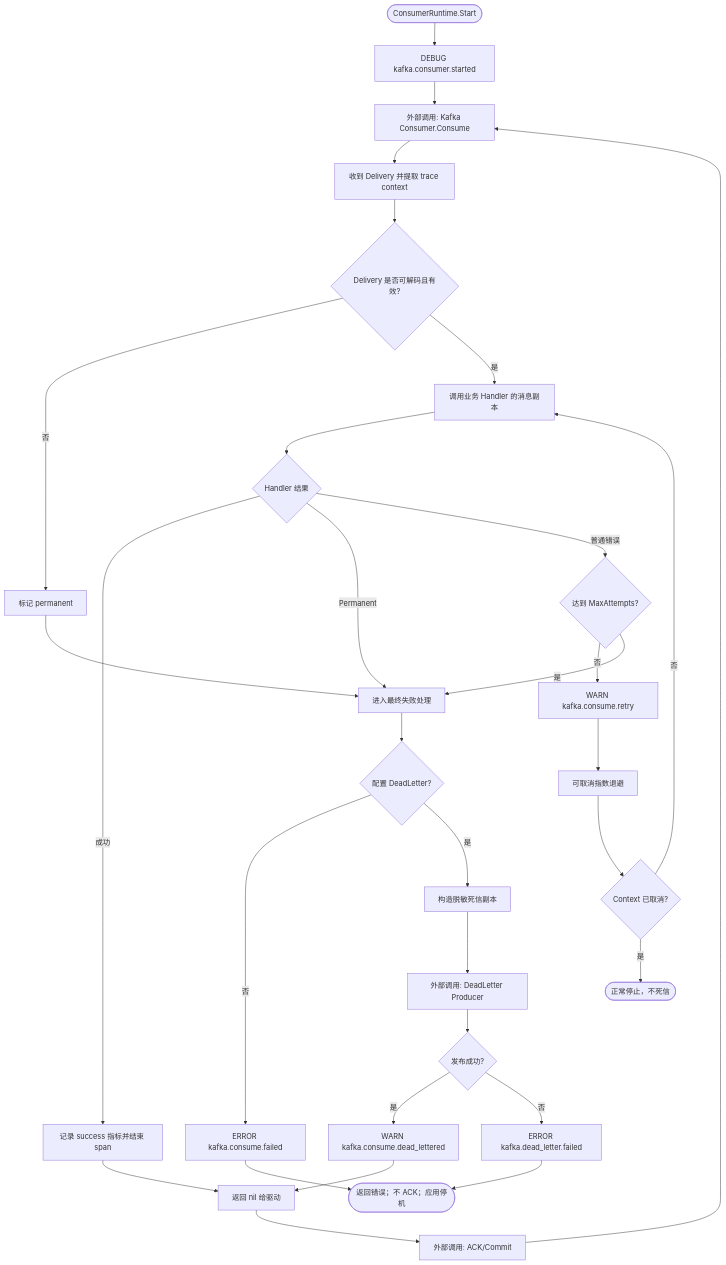
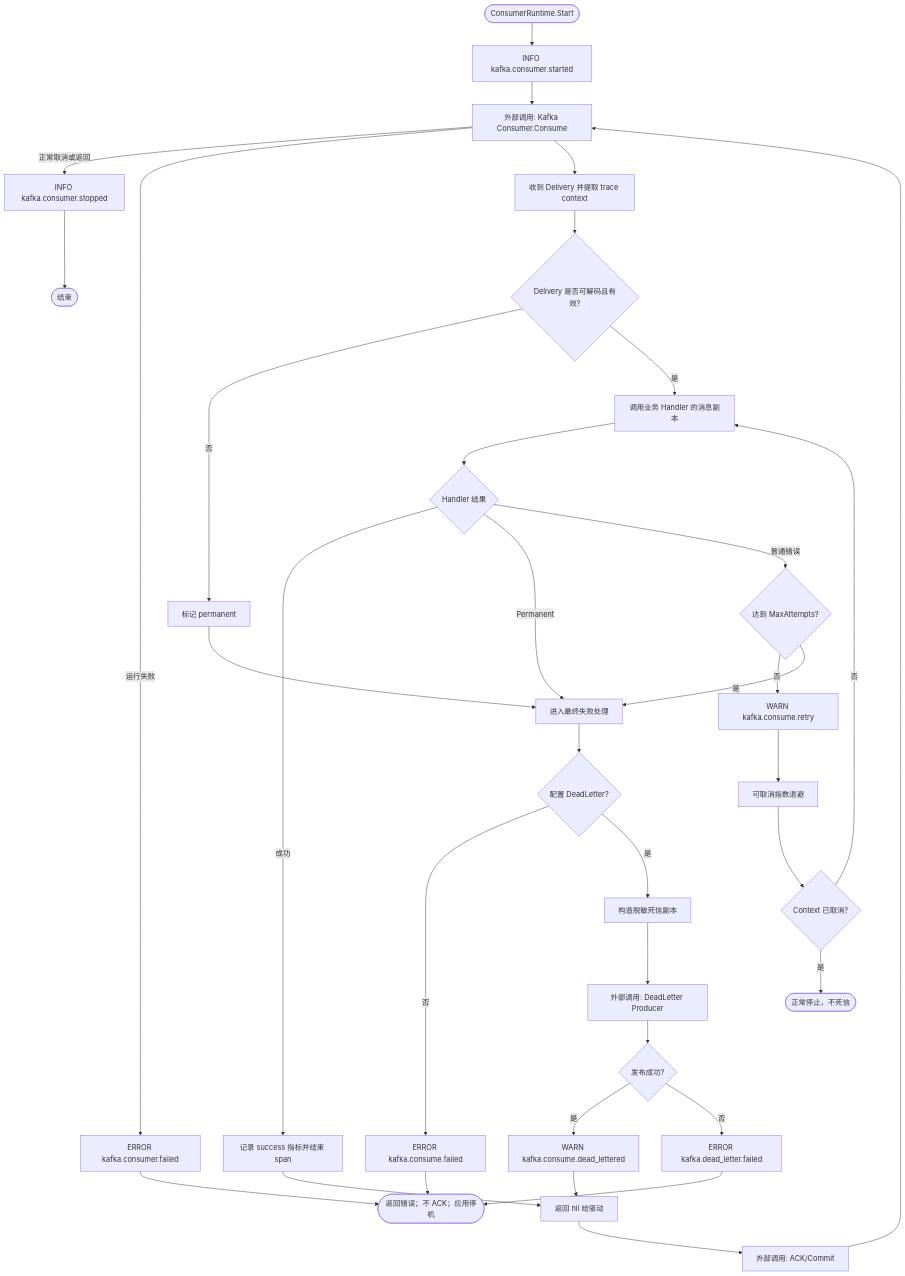
One commit to jaggerzhuang1994/kratos-foundation changed the fourth of 6 diagrams in pkg/kafka/README.md. Above: the diagram before and after it, drawn with Mermaid. The commit also changed other lines of this file and 204 other files, not shown here.

````diff
--- a/pkg/kafka/README.md
+++ b/pkg/kafka/README.md
@@ -243,33 +243,37 @@
 ```mermaid
 flowchart TD
-    A([ConsumerRuntime.Start]) --> B[DEBUG kafka.consumer.started]
+    A([ConsumerRuntime.Start]) --> B[INFO kafka.consumer.started]
     B --> C[外部调用: Kafka Consumer.Consume]
+    C -- 正常取消或返回 --> CS[INFO kafka.consumer.stopped]
+    CS --> CE([结束])
+    C -- 运行失败 --> CF[ERROR kafka.consumer.failed]
+    CF --> T
     C --> D[收到 Delivery 并提取 trace context]
     D --> E{Delivery 是否可解码且有效?}
     E -- 否 --> F[标记 permanent]
     E -- 是 --> G[调用业务 Handler 的消息副本]
     G --> H{Handler 结果}
     H -- 成功 --> I[记录 success 指标并结束 span]
     I --> J[返回 nil 给驱动]
     J --> K[外部调用: ACK/Commit]
     K --> C
     H -- Permanent --> L[进入最终失败处理]
     H -- 普通错误 --> M{达到 MaxAttempts?}
     M -- 否 --> N[WARN kafka.consume.retry]
     N --> O[可取消指数退避]
     O --> P{Context 已取消?}
     P -- 是 --> Q([正常停止，不死信])
     P -- 否 --> G
     M -- 是 --> L
     F --> L
     L --> R{配置 DeadLetter?}
     R -- 否 --> S[ERROR kafka.consume.failed]
     S --> T([返回错误；不 ACK；应用停机])
     R -- 是 --> U[构造脱敏死信副本]
     U --> V[外部调用: DeadLetter Producer]
     V --> W{发布成功?}
     W -- 是 --> X[WARN kafka.consume.dead_lettered]
     X --> J
     W -- 否 --> Y[ERROR kafka.dead_letter.failed]
     Y --> T
 ```
````
